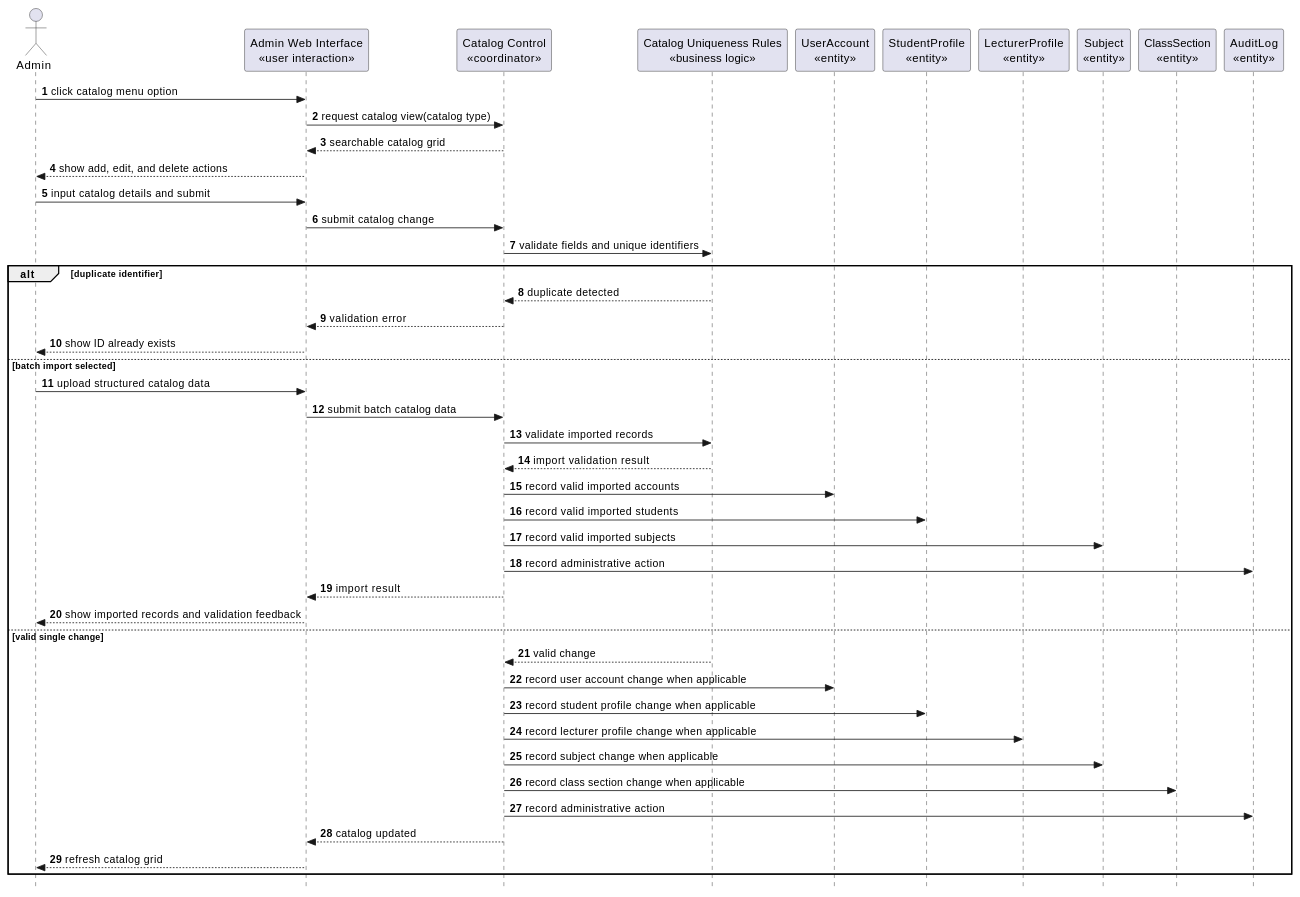
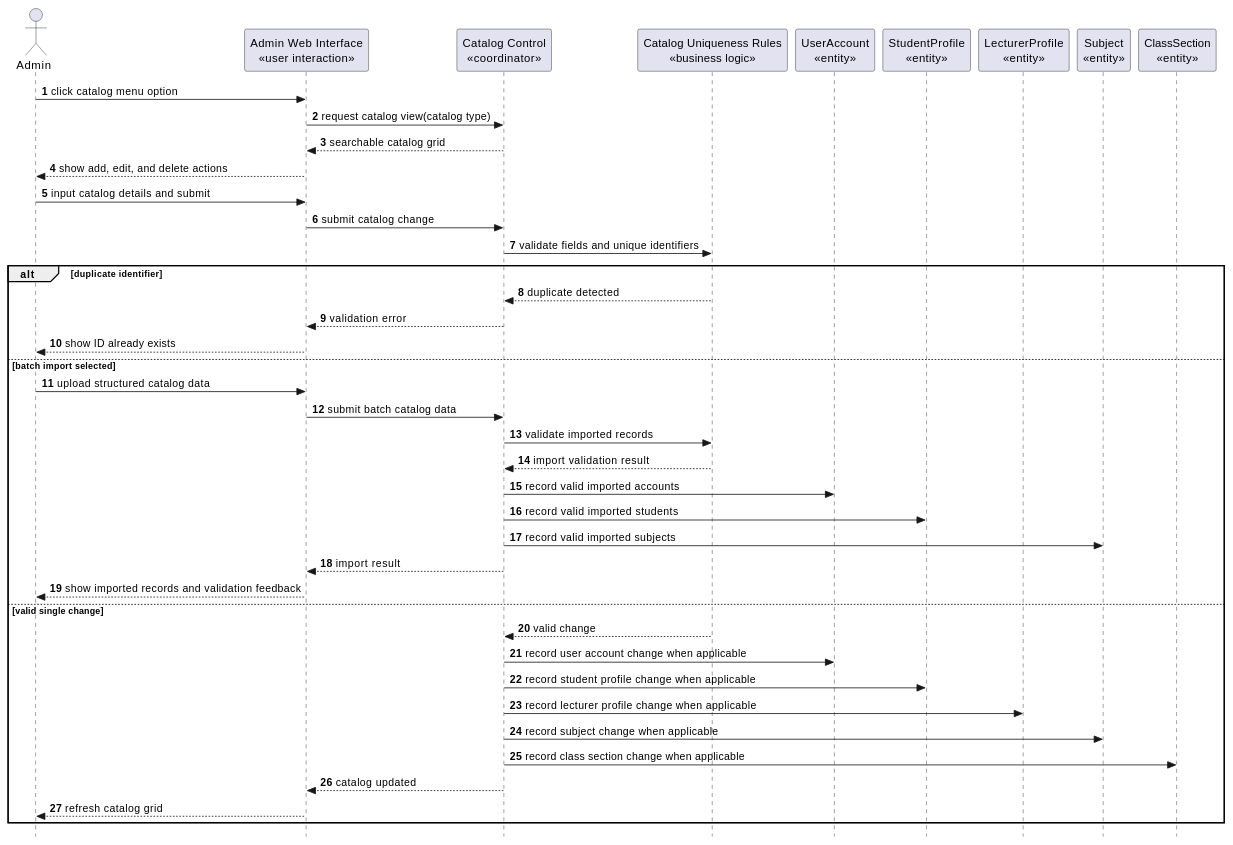
One commit to nttung42/SWD392 changed diagram 23 of 29 in docs/sds/2_Analysis.md. Above: the diagram before and after it, drawn with PlantUML. The commit also changed other lines of this file and 5 other files, not shown here.

````diff
--- a/docs/sds/2_Analysis.md
+++ b/docs/sds/2_Analysis.md
@@ -1093,51 +1156,48 @@
 ```plantuml
 @startuml
 skinparam style strictuml
 autonumber
 actor "Admin" as Admin
 participant "Admin Web Interface\n«user interaction»" as AdminUI
 participant "Catalog Control\n«coordinator»" as CatalogControl
 participant "Catalog Uniqueness Rules\n«business logic»" as CatalogRules
 participant "UserAccount\n«entity»" as UserAccount
 participant "StudentProfile\n«entity»" as StudentProfile
 participant "LecturerProfile\n«entity»" as LecturerProfile
 participant "Subject\n«entity»" as Subject
 participant "ClassSection\n«entity»" as ClassSection
-participant "AuditLog\n«entity»" as AuditLog
 
 Admin -> AdminUI : click catalog menu option
 AdminUI -> CatalogControl : request catalog view(catalog type)
 CatalogControl --> AdminUI : searchable catalog grid
 AdminUI --> Admin : show add, edit, and delete actions
 Admin -> AdminUI : input catalog details and submit
 AdminUI -> CatalogControl : submit catalog change
 CatalogControl -> CatalogRules : validate fields and unique identifiers
 
 alt duplicate identifier
   CatalogRules --> CatalogControl : duplicate detected
   CatalogControl --> AdminUI : validation error
   AdminUI --> Admin : show ID already exists
 else batch import selected
   Admin -> AdminUI : upload structured catalog data
   AdminUI -> CatalogControl : submit batch catalog data
   CatalogControl -> CatalogRules : validate imported records
   CatalogRules --> CatalogControl : import validation result
   CatalogControl -> UserAccount : record valid imported accounts
   CatalogControl -> StudentProfile : record valid imported students
   CatalogControl -> Subject : record valid imported subjects
-  CatalogControl -> AuditLog : record administrative action
   CatalogControl --> AdminUI : import result
   AdminUI --> Admin : show imported records and validation feedback
 else valid single change
   CatalogRules --> CatalogControl : valid change
   CatalogControl -> UserAccount : record user account change when applicable
   CatalogControl -> StudentProfile : record student profile change when applicable
   CatalogControl -> LecturerProfile : record lecturer profile change when applicable
   CatalogControl -> Subject : record subject change when applicable
   CatalogControl -> ClassSection : record class section change when applicable
-  CatalogControl -> AuditLog : record administrative action
   CatalogControl --> AdminUI : catalog updated
   AdminUI --> Admin : refresh catalog grid
 end
 @enduml
 ```
````
